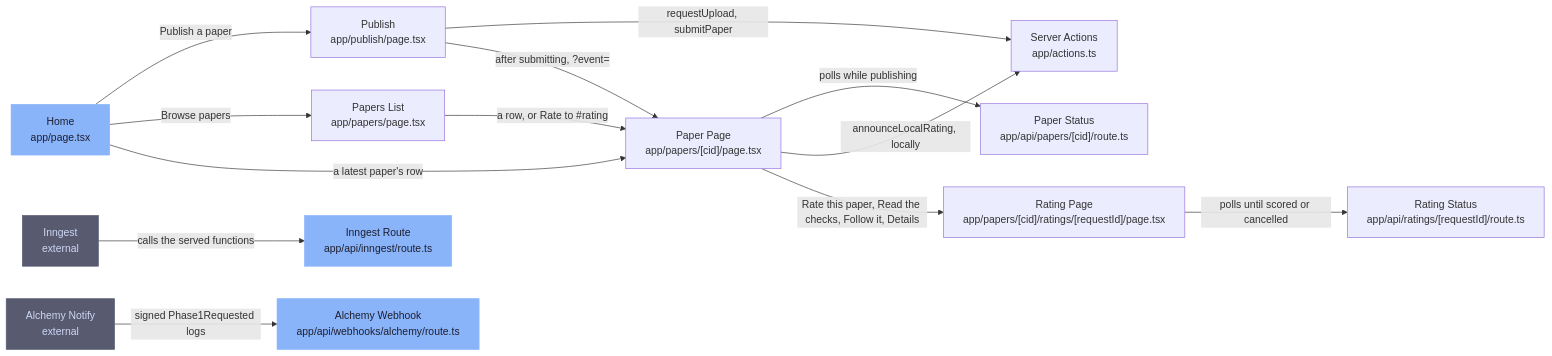
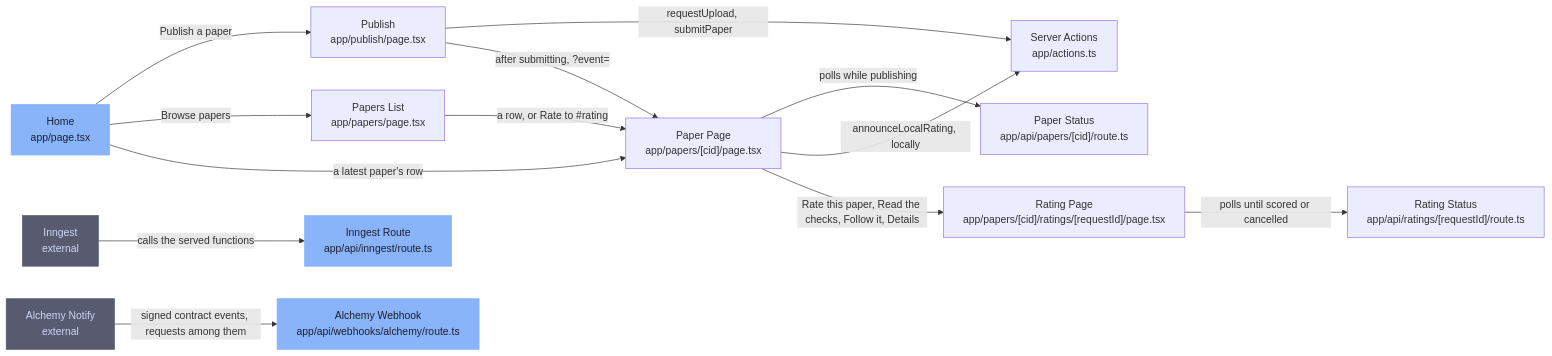
One commit to SiegfriedBz/labstrail changed the diagram in .omm/route-page-map/diagram.mmd. Above: the diagram before and after it, drawn with Mermaid. The commit also changed 5 other files, not shown here.

First line of the commit message:
docs(repo): match the webhook diagrams and unpin note to the code

```diff
--- a/.omm/route-page-map/diagram.mmd
+++ b/.omm/route-page-map/diagram.mmd
@@ -1,17 +1,17 @@
 graph LR
     home["Home\napp/page.tsx"] -->|"Publish a paper"| publish["Publish\napp/publish/page.tsx"]
     home -->|"Browse papers"| papers["Papers List\napp/papers/page.tsx"]
     home -->|"a latest paper's row"| paper["Paper Page\napp/papers/[cid]/page.tsx"]
     papers -->|"a row, or Rate to #rating"| paper
     publish -->|"requestUpload, submitPaper"| server-actions["Server Actions\napp/actions.ts"]
     publish -->|"after submitting, ?event=<id>"| paper
     paper -->|"polls while publishing"| api-papers["Paper Status\napp/api/papers/[cid]/route.ts"]
     paper -->|"announceLocalRating, locally"| server-actions
     paper -->|"Rate this paper, Read the checks, Follow it, Details"| rating["Rating Page\napp/papers/[cid]/ratings/[requestId]/page.tsx"]
     rating -->|"polls until scored or cancelled"| api-ratings["Rating Status\napp/api/ratings/[requestId]/route.ts"]
     inngest["Inngest\nexternal"] -->|"calls the served functions"| inngest-route["Inngest Route\napp/api/inngest/route.ts"]
-    alchemy-notify["Alchemy Notify\nexternal"] -->|"signed Phase1Requested logs"| api-webhooks["Alchemy Webhook\napp/api/webhooks/alchemy/route.ts"]
+    alchemy-notify["Alchemy Notify\nexternal"] -->|"signed contract events, requests among them"| api-webhooks["Alchemy Webhook\napp/api/webhooks/alchemy/route.ts"]
     classDef entry fill:#89b4fa,stroke:#89b4fa,color:#1e1e2e
     classDef external fill:#585b70,stroke:#585b70,color:#cdd6f4
     class home,inngest-route,api-webhooks entry
     class inngest,alchemy-notify external
```
